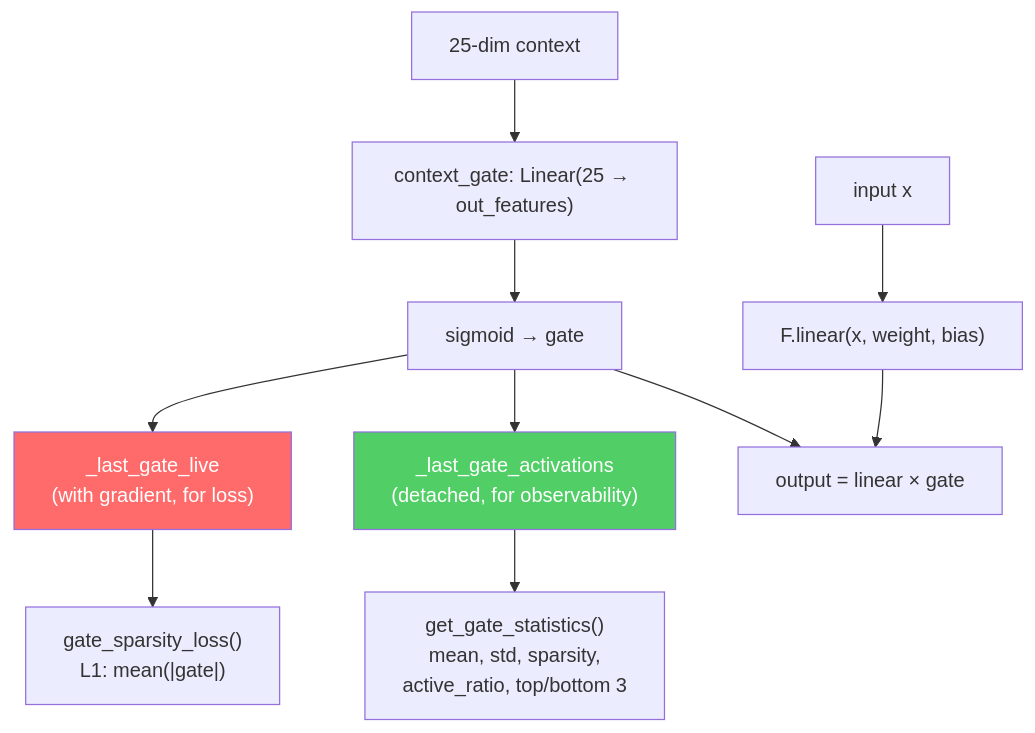
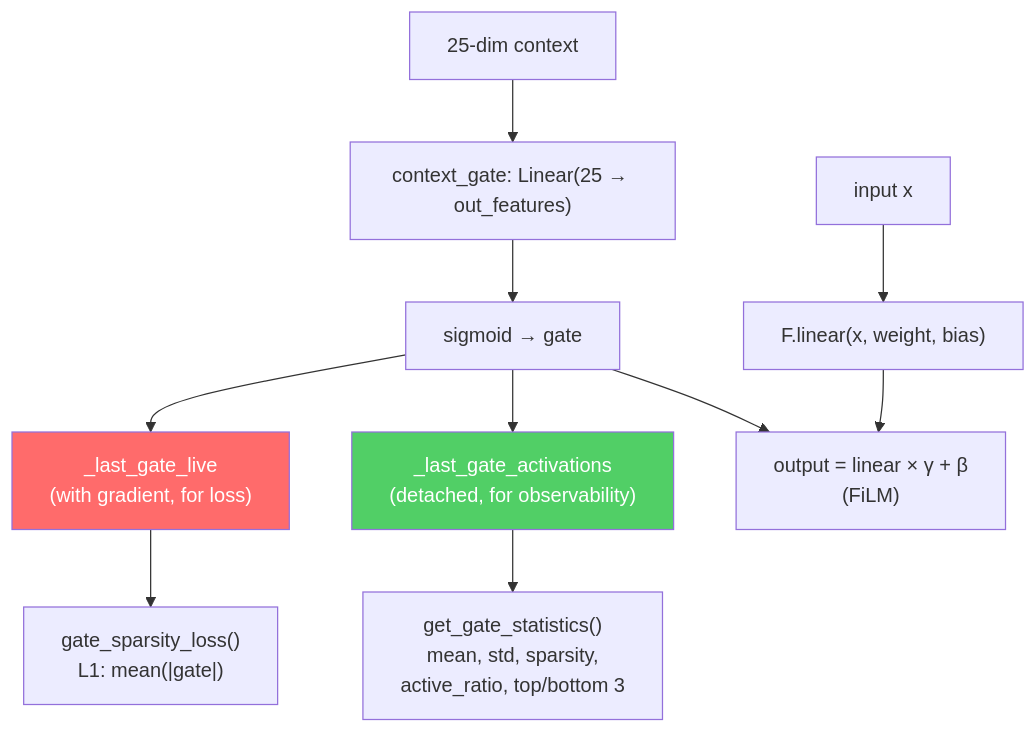
One commit to renanaugustomacena-ux/Counter-Strike-coach-AI changed diagram 13 of 22 in docs/books/Book-Coach-1A-en.md. Above: the diagram before and after it, drawn with Mermaid. The commit also changed other lines of this file and 36 other files, not shown here.

````diff
--- a/docs/books/Book-Coach-1A-en.md
+++ b/docs/books/Book-Coach-1A-en.md
@@ -776,14 +779,14 @@
 ```mermaid
 flowchart TB
     CTX["25-dim context"] --> CG["context_gate: Linear(25 → out_features)"]
     CG --> SIG["sigmoid → gate"]
     SIG --> LIVE["_last_gate_live<br/>(with gradient, for loss)"]
     SIG --> DET["_last_gate_activations<br/>(detached, for observability)"]
     LIVE --> SPARSITY["gate_sparsity_loss()<br/>L1: mean(|gate|)"]
     DET --> STATS["get_gate_statistics()<br/>mean, std, sparsity,<br/>active_ratio, top/bottom 3"]
     X["input x"] --> LIN["F.linear(x, weight, bias)"]
-    SIG --> MUL["output = linear × gate"]
+    SIG --> MUL["output = linear × γ + β<br/>(FiLM)"]
     LIN --> MUL
     style LIVE fill:#ff6b6b,color:#fff
     style DET fill:#51cf66,color:#fff
 ```
````
